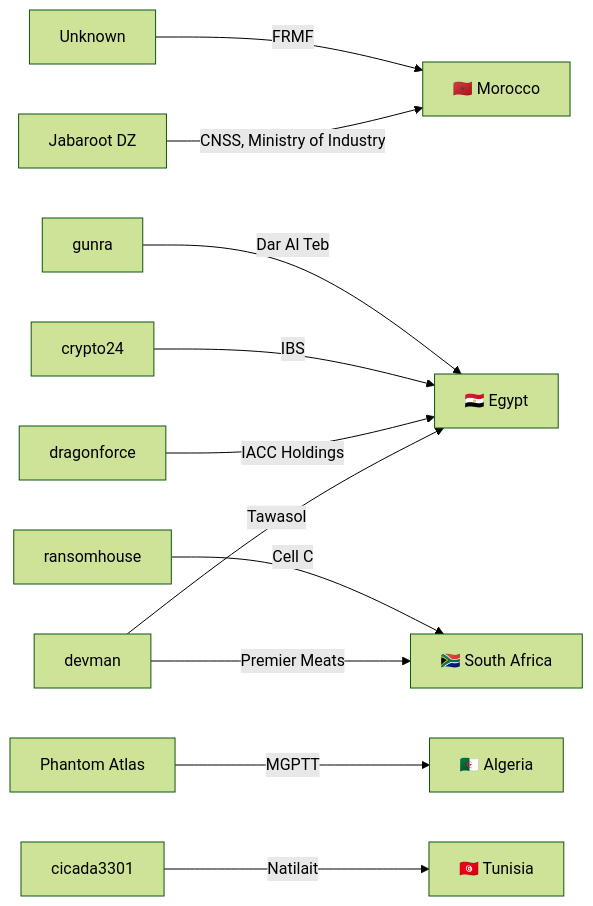
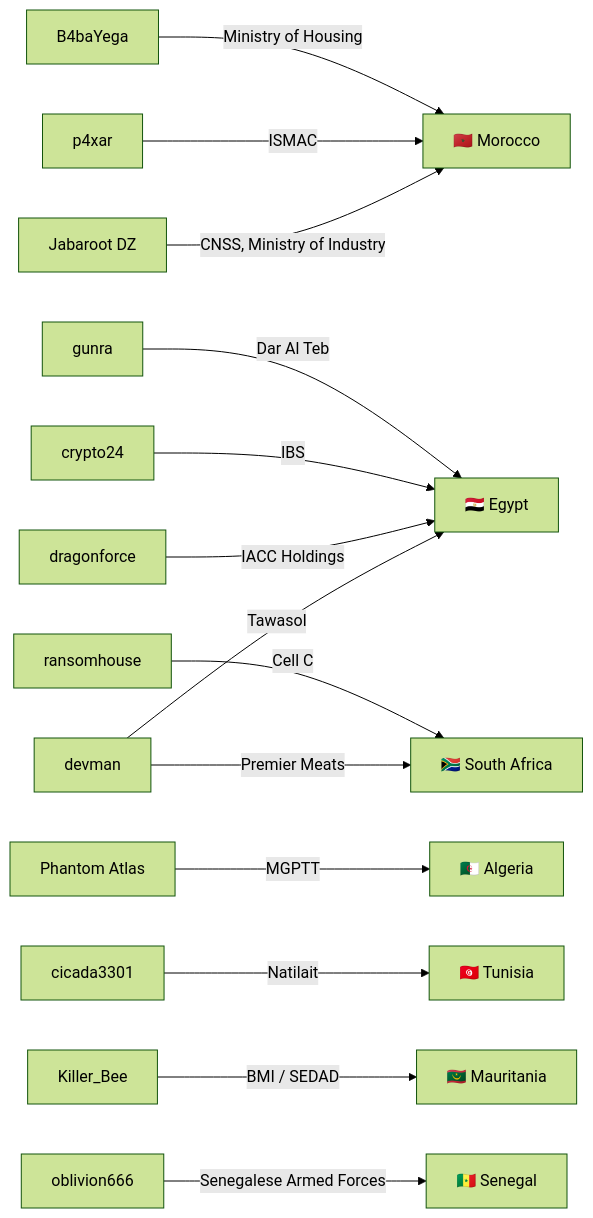
One commit to Hatchepsoute/AFRINTEL changed the fourth of 5 diagrams in CyberAttackAfrica/2025/04-april/README.md. Above: the diagram before and after it, drawn with Mermaid (forest theme). The commit also changed other lines of this file and 255 other files, not shown here.

````diff
--- a/CyberAttackAfrica/2025/04-april/README.md
+++ b/CyberAttackAfrica/2025/04-april/README.md
@@ -124,13 +148,16 @@
 ```mermaid
 graph LR
     JabarootDZ["Jabaroot DZ"] -->|CNSS, Ministry of Industry| Morocco["🇲🇦 Morocco"]
     devman -->|Tawasol| Egypt["🇪🇬 Egypt"]
     devman -->|Premier Meats| SouthAfrica["🇿🇦 South Africa"]
     dragonforce -->|IACC Holdings| Egypt
     ransomhouse -->|Cell C| SouthAfrica
     crypto24 -->|IBS| Egypt
     PhantomAtlas["Phantom Atlas"] -->|MGPTT| Algeria["🇩🇿 Algeria"]
     cicada3301 -->|Natilait| Tunisia["🇹🇳 Tunisia"]
     gunra -->|Dar Al Teb| Egypt
-    unknown["Unknown"] -->|FRMF| Morocco
+    p4xar -->|ISMAC| Morocco
+    B4baYega -->|Ministry of Housing| Morocco
+    KillerBee["Killer_Bee"] -->|BMI / SEDAD| Mauritania["🇲🇷 Mauritania"]
+    oblivion666 -->|Senegalese Armed Forces| Senegal["🇸🇳 Senegal"]
 ```
````
